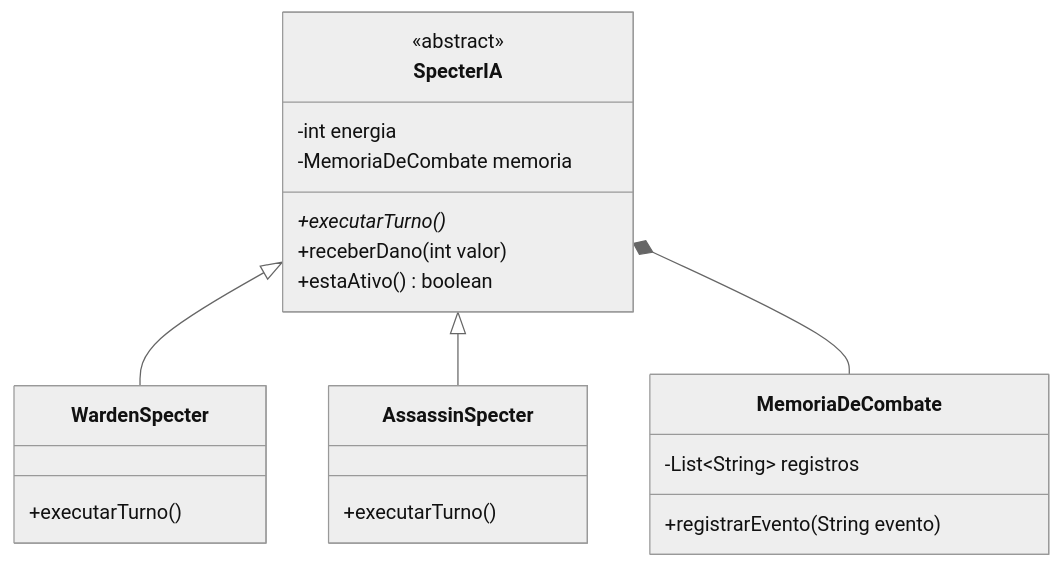
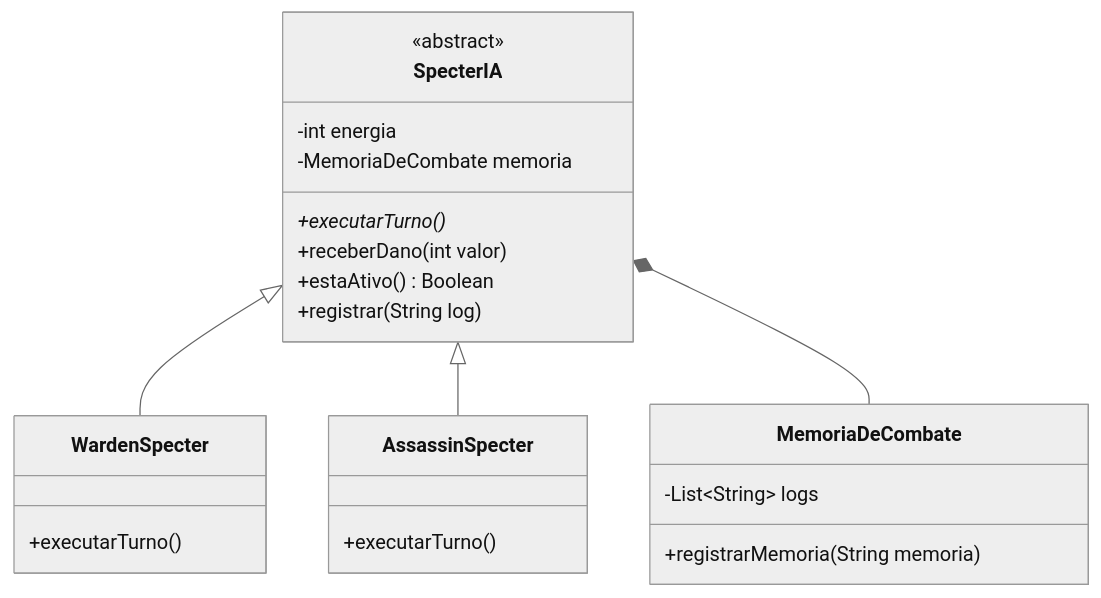
Before and after one commit to MateusLouAlmeida/Marcos-Paulos: the diagram in diagrama-classes.mmd, drawn with Mermaid (neutral theme).

Commit message:
fix: corrige mermaid/diagrama

```diff
--- a/diagrama-classes.mmd
+++ b/diagrama-classes.mmd
@@ -1,22 +1,23 @@
 classDiagram
     SpecterIA <|-- WardenSpecter
     SpecterIA <|-- AssassinSpecter
     SpecterIA *-- MemoriaDeCombate
     class SpecterIA {
         <<abstract>>
         -int energia
         -MemoriaDeCombate memoria
         +executarTurno()*
         +receberDano(int valor)
-        +estaAtivo() boolean
+        +estaAtivo() Boolean
+        +registrar(String log)
     }
     class WardenSpecter {
         +executarTurno()
     }
     class AssassinSpecter {
         +executarTurno()
     }
     class MemoriaDeCombate {
-        -List~String~ registros
-        +registrarEvento(String evento)
+        -List~String~ logs
+        +registrarMemoria(String memoria)
     }
```
